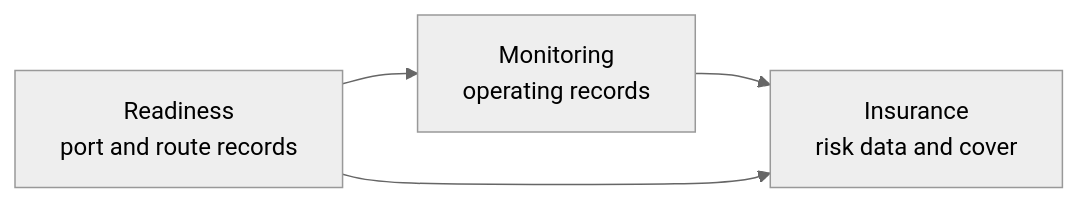
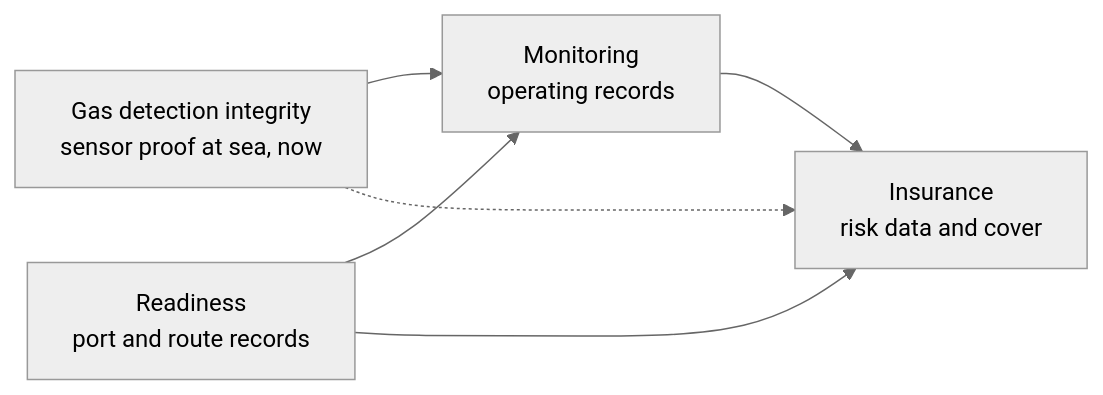
The diagram in docs/portfolio.md (tinha04/ShippingIndustry), drawn with Mermaid (neutral theme) before and after one commit. The commit also changed other lines of this file and 23 other files, not shown here.

First line of the commit message:
Add gas detection bridge idea and monitoring prepare now plan

````diff
--- a/docs/portfolio.md
+++ b/docs/portfolio.md
@@ -20,6 +21,8 @@
 ```mermaid
 flowchart LR
-    R["Readiness<br/>port and route records"] --> M["Monitoring<br/>operating records"]
+    G["Gas detection integrity<br/>sensor proof at sea, now"] --> M["Monitoring<br/>operating records"]
+    R["Readiness<br/>port and route records"] --> M
     M --> I["Insurance<br/>risk data and cover"]
     R --> I
+    G -.-> I
 ```
````
